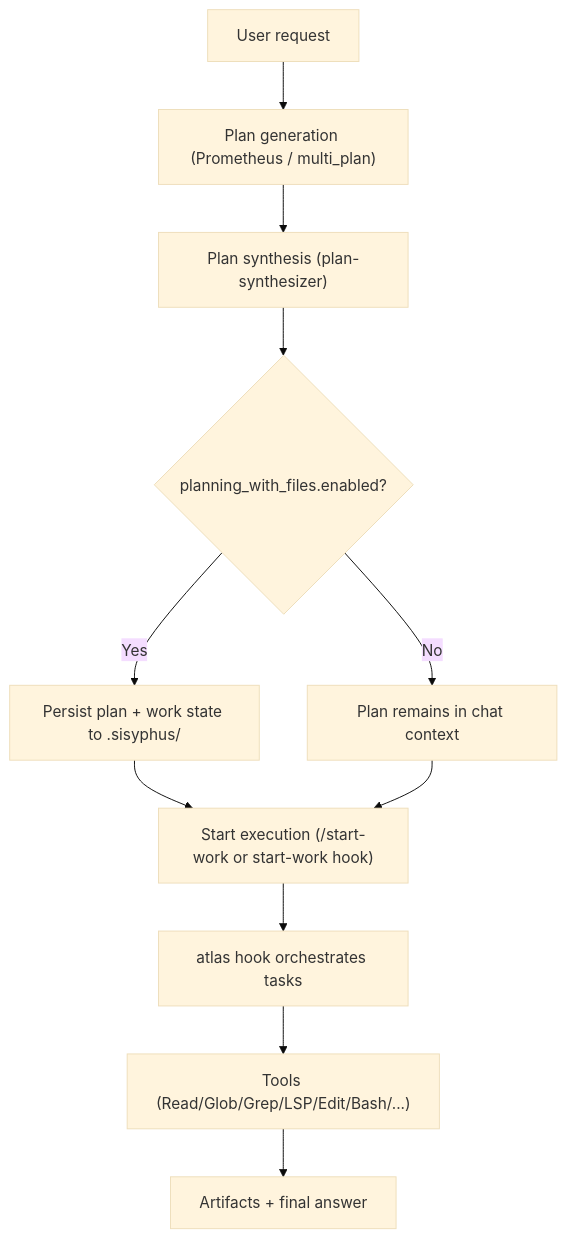
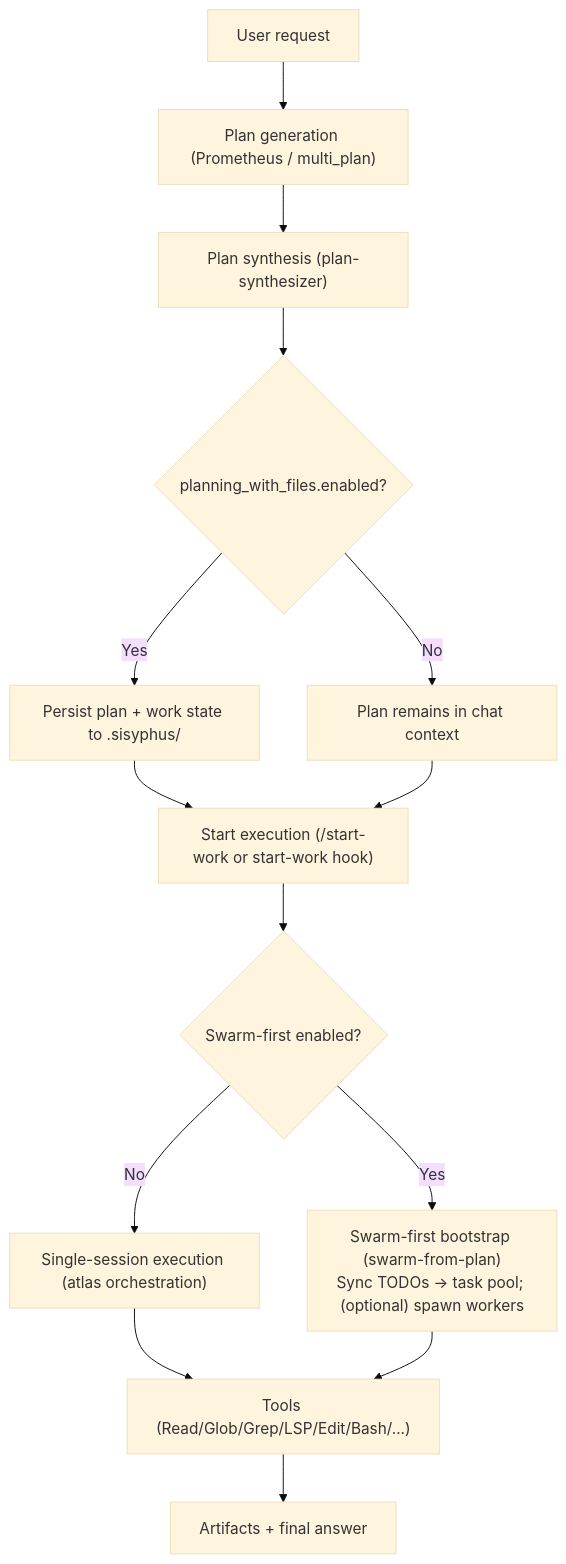
One commit to arcthur/oh-my-opencode changed the diagram in docs/journeys/planning-to-execution.md. Above: the diagram before and after it, drawn with Mermaid (base theme). The commit also changed other lines of this file and 34 other files, not shown here.

````diff
--- a/docs/journeys/planning-to-execution.md
+++ b/docs/journeys/planning-to-execution.md
@@ -10,16 +10,20 @@
 ```mermaid
 flowchart TD
   U["User request"] --> PG["Plan generation (Prometheus / multi_plan)"]
   PG --> PS["Plan synthesis (plan-synthesizer)"]
 
   PS --> PWF{"planning_with_files.enabled?"}
   PWF -->|Yes| FS["Persist plan + work state to .sisyphus/"]
   PWF -->|No| CH["Plan remains in chat context"]
 
   FS --> SW["Start execution (/start-work or start-work hook)"]
   CH --> SW
 
-  SW --> AT["atlas hook orchestrates tasks"]
+  SW --> MODE{"Swarm-first enabled?"}
+  MODE -->|No| AT["Single-session execution (atlas orchestration)"]
+  MODE -->|Yes| SF["Swarm-first bootstrap (swarm-from-plan)\nSync TODOs -> task pool; (optional) spawn workers"]
+
   AT --> TOOL["Tools (Read/Glob/Grep/LSP/Edit/Bash/...)"]
+  SF --> TOOL
   TOOL --> OUT["Artifacts + final answer"]
 ```
````
